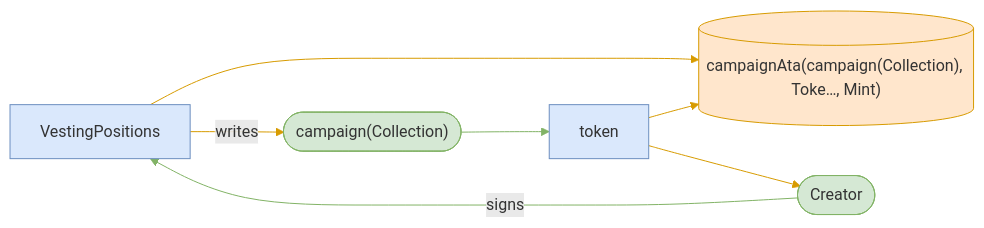
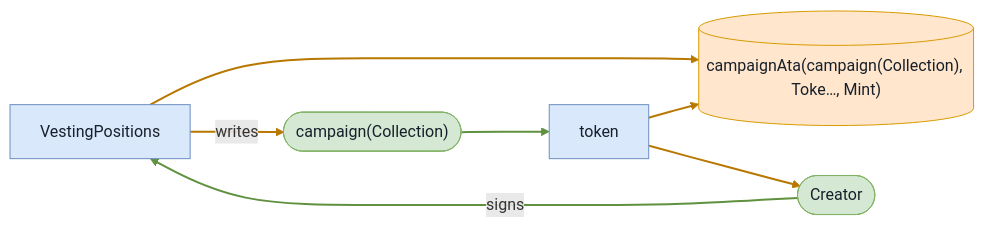
One commit to cds-turbin3/vesting-position changed diagram 11 of 12 in babelfish-tests/test-report/close_campaign_succeeds_when_vault_empty.md. Above: the diagram before and after it, drawn with Mermaid. The commit also changed other lines of this file and 106 other files, not shown here.

````diff
--- a/babelfish-tests/test-report/close_campaign_succeeds_when_vault_empty.md
+++ b/babelfish-tests/test-report/close_campaign_succeeds_when_vault_empty.md
@@ -512,19 +510,19 @@
 ```mermaid
 flowchart LR
     VestingPositions["VestingPositions"]:::program
     Creator(["Creator"]):::signer
     campaignCollection(["campaign(Collection)"]):::signer
     campaignAtacampaignCollectionTokeMint[("campaignAta(campaign(Collection), Toke…, Mint)")]:::state
     token["token"]:::program
     Creator -->|signs| VestingPositions
     VestingPositions -->|writes| campaignCollection
     VestingPositions --> campaignAtacampaignCollectionTokeMint
     token --> campaignAtacampaignCollectionTokeMint
     token --> Creator
     campaignCollection --> token
-    classDef program fill:#dae8fc,stroke:#6c8ebf;
-    classDef signer fill:#d5e8d4,stroke:#82b366;
-    classDef state fill:#ffe6cc,stroke:#d79b00;
-    linkStyle 0,5 stroke:#82b366
-    linkStyle 1,2,3,4 stroke:#d79b00
+    classDef program fill:#dae8fc,stroke:#6c8ebf,color:#17202a;
+    classDef signer fill:#d5e8d4,stroke:#82b366,color:#17202a;
+    classDef state fill:#ffe6cc,stroke:#d79b00,color:#17202a;
+    linkStyle 0,5 stroke:#5f913f,stroke-width:2px
+    linkStyle 1,2,3,4 stroke:#b87800,stroke-width:2px
 ```
````
